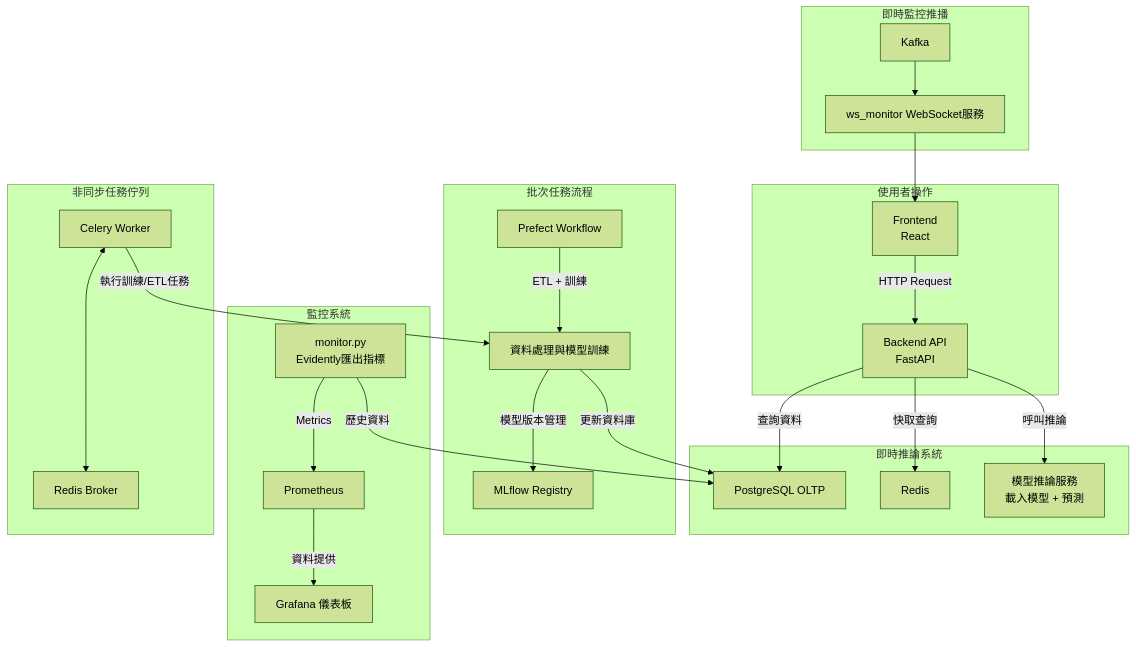
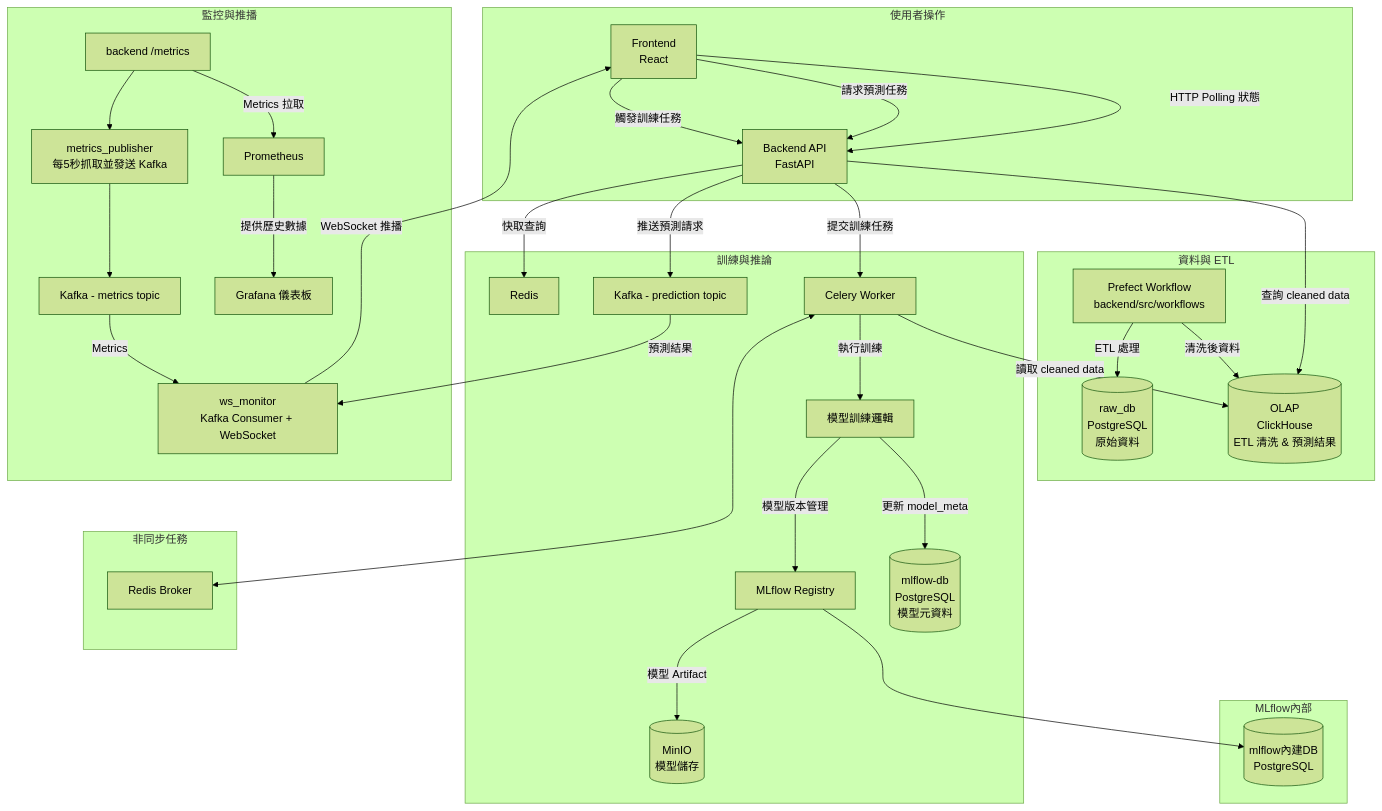
One commit to a920604a/stock-mlops changed the diagram in docs.md. Above: the diagram before and after it, drawn with Mermaid (forest theme). The commit also changed other lines of this file and 6 other files, not shown here.

````diff
--- a/docs.md
+++ b/docs.md
@@ -28,35 +30,56 @@
 ```mermaid
 graph TD
+  %% 使用者操作
   subgraph 使用者操作
     A[Frontend<br>React]
-    A -->|HTTP Request| B[Backend API<br>FastAPI]
+    A -->|觸發訓練任務| B[Backend API<br>FastAPI]
+    A -->|請求預測任務| B
+    A -->|HTTP Polling 狀態| B
   end
 
-  subgraph 即時推論系統
-    B -->|查詢資料| D[PostgreSQL OLTP]
-    B -->|快取查詢| E[Redis]
-    B -->|呼叫推論| C[模型推論服務<br>載入模型 + 預測]
+  %% 資料與 ETL 流程
+  subgraph 資料與 ETL
+    P[Prefect Workflow<br>backend/src/workflows] -->|ETL 處理| D1[(raw_db<br>PostgreSQL<br>原始資料)]
+    P -->|清洗後資料| D2[(OLAP<br>ClickHouse<br>ETL 清洗 & 預測結果)]
   end
 
-  subgraph 批次任務流程
-    F[Prefect Workflow] -->|ETL + 訓練| G[資料處理與模型訓練]
+  %% 訓練與推論系統
+  subgraph 訓練與推論
+    B -->|查詢 cleaned data| D2
+    B -->|快取查詢| E[Redis]
+
+    %% 模型訓練
+    B -->|提交訓練任務| L[Celery Worker]
+    L -->|讀取 cleaned data| D2
+    L -->|執行訓練| G[模型訓練邏輯]
     G -->|模型版本管理| H[MLflow Registry]
-    G -->|更新資料庫| D
+    G -->|更新 model_meta| D3[(mlflow-db<br>PostgreSQL<br>模型元資料)]
+    H -->|模型 Artifact| S[(MinIO<br>模型儲存)]
+
+    %% 模型預測
+    B -->|推送預測請求| N1[Kafka - prediction topic]
   end
 
-  subgraph 監控系統
-    I[monitor.py<br>Evidently匯出指標] -->|Metrics| J[Prometheus]
-    J -->|資料提供| K[Grafana 儀表板]
-    I -->|歷史資料| D
+  %% MLflow 內部資料庫
+  subgraph MLflow內部
+    H --> D4[(mlflow內建DB<br>PostgreSQL)]
   end
 
-  subgraph 非同步任務佇列
-    L[Celery Worker] <---> M[Redis Broker]
-    L -->|執行訓練/ETL任務| G
+  %% 監控與即時推播
+  subgraph 監控與推播
+    I[backend /metrics] --> Q[metrics_publisher<br>每5秒抓取並發送 Kafka]
+    Q --> N2[Kafka - metrics topic]
+    W[ws_monitor<br>Kafka Consumer + WebSocket]
+    N1 -->|預測結果| W
+    N2 -->|Metrics| W
+    W -->|WebSocket 推播| A
+    I -->|Metrics 拉取| J[Prometheus]
+    J -->|提供歷史數據| K[Grafana 儀表板]
   end
 
-  subgraph 即時監控推播
-    N[Kafka] --> O[ws_monitor WebSocket服務] --> A
+  %% 非同步任務佇列
+  subgraph 非同步任務
+    L[Celery Worker] <---> M[Redis Broker]
   end
 
 ```
````
